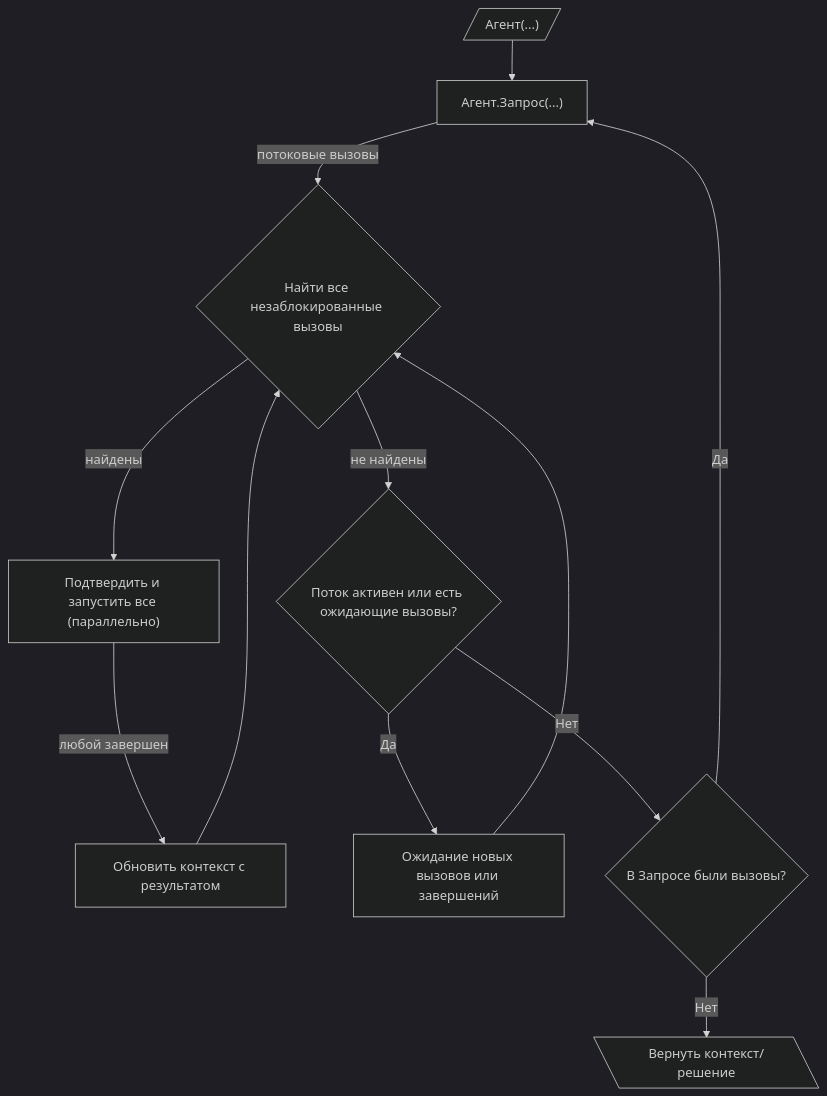
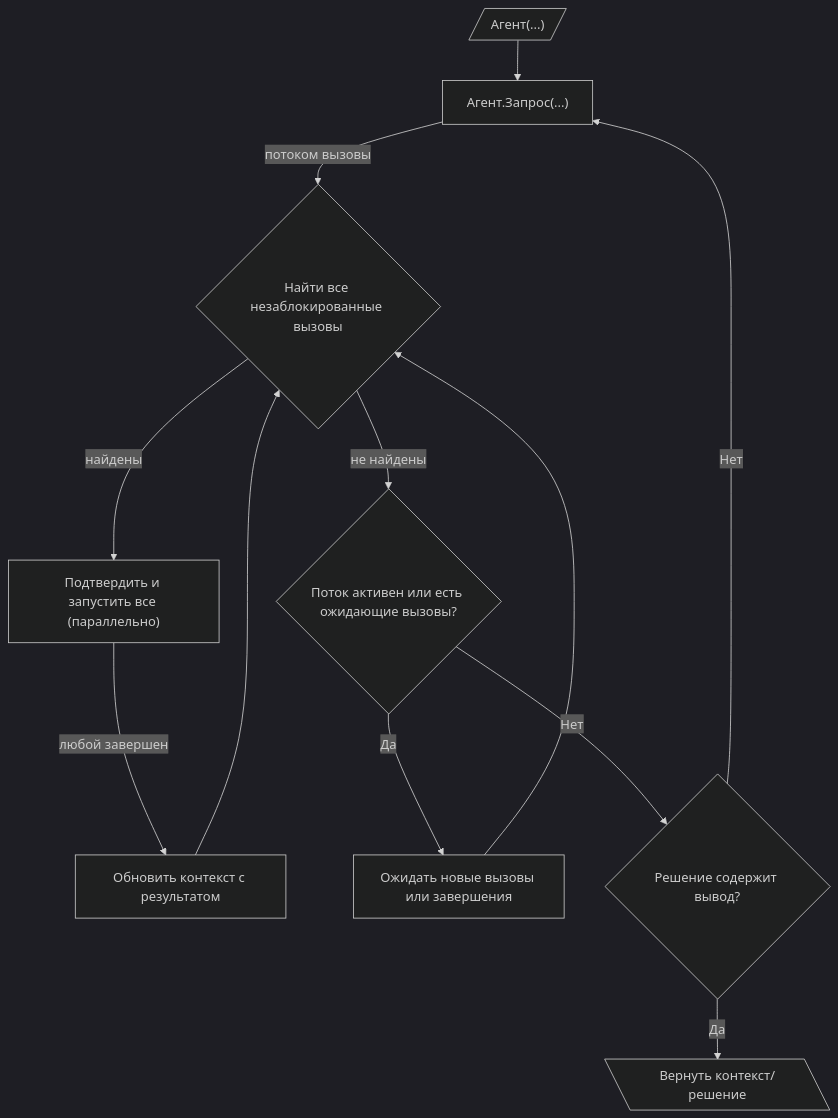
The diagram in translations/ru/acts/010_agent_loop.md (idealic-ai/docs), drawn with Mermaid (dark theme) before and after one commit. The commit also changed other lines of this file and 4 other files, not shown here.

````diff
--- a/translations/ru/acts/010_agent_loop.md
+++ b/translations/ru/acts/010_agent_loop.md
@@ -39,17 +39,17 @@
 ```mermaid
 graph TD
     Start[/"Агент(...)"/] --> Request["Агент.Запрос(...)"];
-    Request -- потоковые вызовы --> FindUnblocked{"Найти все незаблокированные вызовы"};
+    Request -- потоком вызовы --> FindUnblocked{"Найти все незаблокированные вызовы"};
 
     FindUnblocked -- "найдены" --> ConfirmAndLaunch["Подтвердить и запустить все (параллельно)"];
     ConfirmAndLaunch -- "любой завершен" --> UpdateContext["Обновить контекст с результатом"];
     UpdateContext --> FindUnblocked;
 
     FindUnblocked -- "не найдены" --> CheckStreamAndPending{"Поток активен или есть ожидающие вызовы?"};
-    CheckStreamAndPending -- Да --> Wait["Ожидание новых вызовов или завершений"];
+    CheckStreamAndPending -- Да --> Wait["Ожидать новые вызовы или завершения"];
     Wait --> FindUnblocked;
 
-    CheckStreamAndPending -- Нет --> CheckTermination{"В Запросе были вызовы?"};
-    CheckTermination -- Да --> Request;
-    CheckTermination -- Нет --> End[\"Вернуть контекст/решение"\];
+    CheckStreamAndPending -- Нет --> CheckTermination{"Решение содержит вывод?"};
+    CheckTermination -- Нет --> Request;
+    CheckTermination -- Да --> End[\"Вернуть контекст/решение"\];
 ```
````
